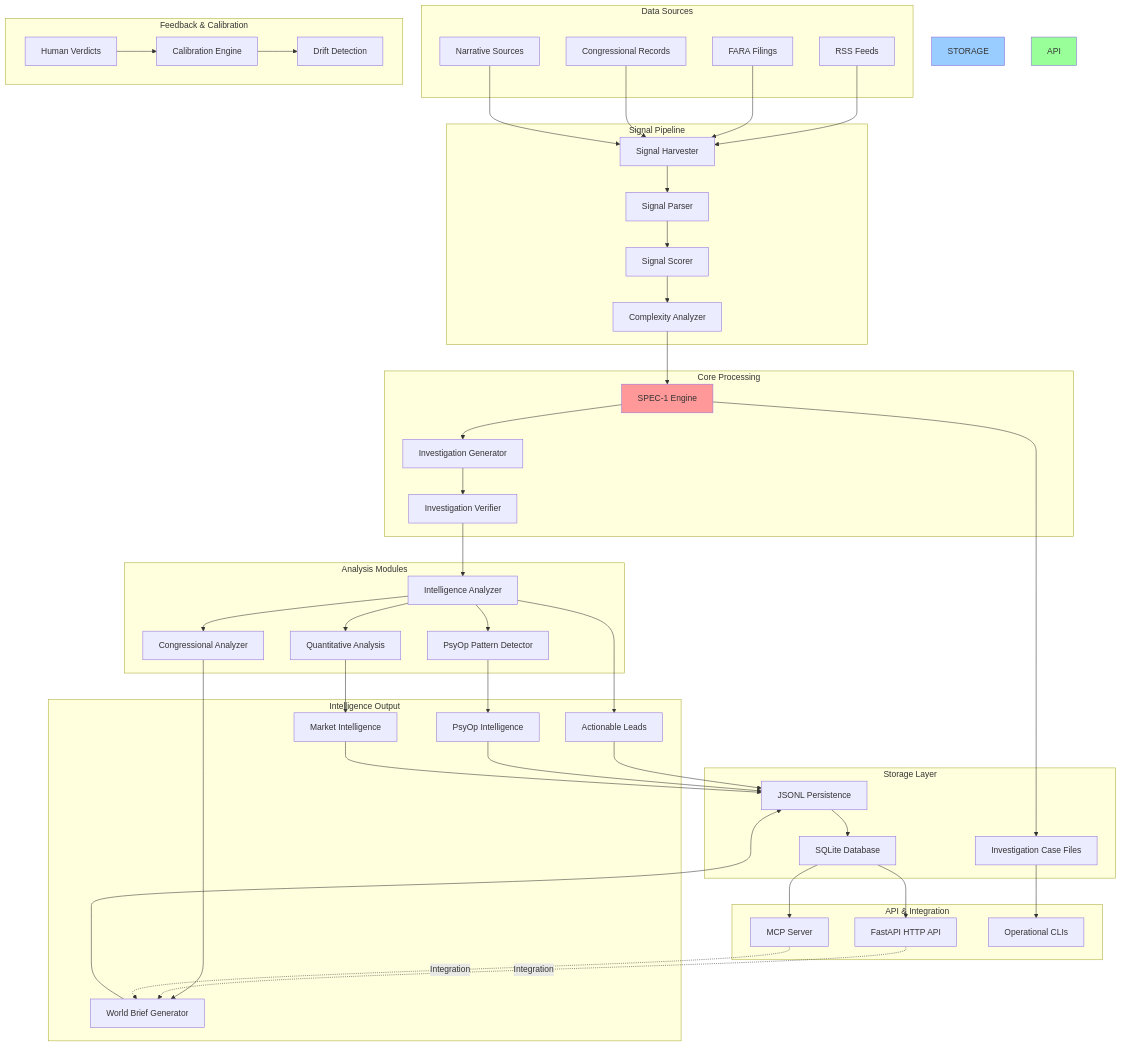
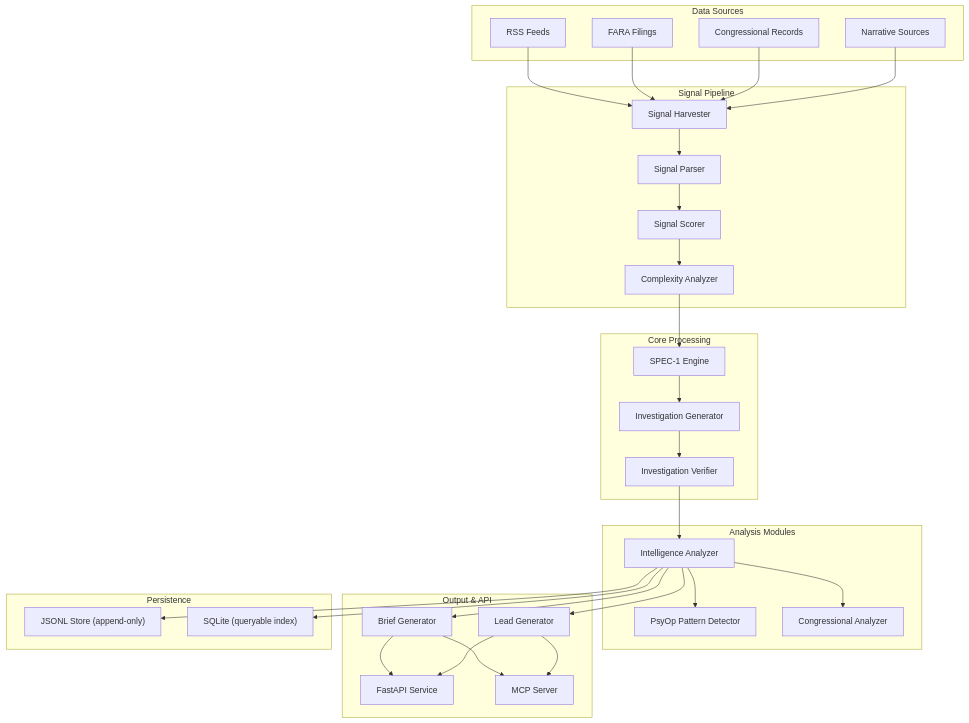
The diagram in ARCHITECTURE.md (CLS-1000/spec-1V0.7), drawn with Mermaid before and after one commit. The commit also changed other lines of this file, not shown here.

Commit message:
docs: update ARCHITECTURE.md — replace spec1_engine with spec1_core, remove cls_quant, add cls_pdx1/cls_research

````diff
--- a/ARCHITECTURE.md
+++ b/ARCHITECTURE.md
@@ -27,78 +27,28 @@
     subgraph "Analysis Modules"
         INTEL_ANALYZER["Intelligence Analyzer"]
         PSYOP["PsyOp Pattern Detector"]
-        QUANT["Quantitative Analysis"]
         CONGRESSIONAL["Congressional Analyzer"]
     end
 
-    subgraph "Intelligence Output"
-        BRIEF["World Brief Generator"]
-        LEADS["Actionable Leads"]
-        PSYOP_OUT["PsyOp Intelligence"]
-        MARKET["Market Intelligence"]
+    subgraph "Output & API"
+        BRIEFING["Brief Generator"]
+        LEADS["Lead Generator"]
+        API["FastAPI Service"]
+        MCP["MCP Server"]
     end
 
-    subgraph "Feedback & Calibration"
-        VERDICTS["Human Verdicts"]
-        CALIBRATION["Calibration Engine"]
-        DRIFT["Drift Detection"]
+    subgraph "Persistence"
+        JSONL["JSONL Store (append-only)"]
+        SQLITE["SQLite (queryable index)"]
     end
 
-    subgraph "Storage Layer"
-        JSONL["JSONL Persistence"]
-        SQLITE["SQLite Database"]
-        WORKSPACE["Investigation Case Files"]
-    end
-
-    subgraph "API & Integration"
-        FASTAPI["FastAPI HTTP API"]
-        MCP["MCP Server"]
-        CLI["Operational CLIs"]
-    end
-
-    %% Data flow
-    RSS --> HARVEST
-    FARA --> HARVEST
-    CONGRESS --> HARVEST
-    NARRATIVE --> HARVEST
-
-    HARVEST --> PARSER
-    PARSER --> SCORER
-    SCORER --> COMPLEXITY
-
+    RSS & FARA & CONGRESS & NARRATIVE --> HARVEST
+    HARVEST --> PARSER --> SCORER --> COMPLEXITY
     COMPLEXITY --> ENGINE
-    ENGINE --> INV_GEN
-    INV_GEN --> INV_VER
-
+    ENGINE --> INV_GEN --> INV_VER
     INV_VER --> INTEL_ANALYZER
-    INTEL_ANALYZER --> PSYOP
-    INTEL_ANALYZER --> QUANT
-    INTEL_ANALYZER --> CONGRESSIONAL
-
-    PSYOP --> PSYOP_OUT
-    QUANT --> MARKET
-    CONGRESSIONAL --> BRIEF
-    INTEL_ANALYZER --> LEADS
-
-    BRIEF --> JSONL
-    LEADS --> JSONL
-    PSYOP_OUT --> JSONL
-    MARKET --> JSONL
-
-    JSONL --> SQLITE
-    ENGINE --> WORKSPACE
-
-    SQLITE --> FASTAPI
-    WORKSPACE --> CLI
-    SQLITE --> MCP
-
-    VERDICTS --> CALIBRATION
-    CALIBRATION --> DRIFT
-
-    FASTAPI -.->|Integration| BRIEF
-    MCP -.->|Integration| BRIEF
-
-    style ENGINE fill:#ff9999
-    style STORAGE fill:#99ccff
-    style API fill:#99ff99
+    INTEL_ANALYZER --> PSYOP & CONGRESSIONAL
+    INTEL_ANALYZER --> BRIEFING & LEADS
+    BRIEFING & LEADS --> API & MCP
+    INTEL_ANALYZER --> JSONL & SQLITE
 ```
````
